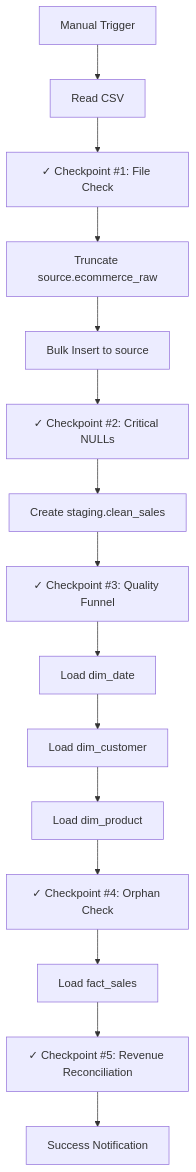
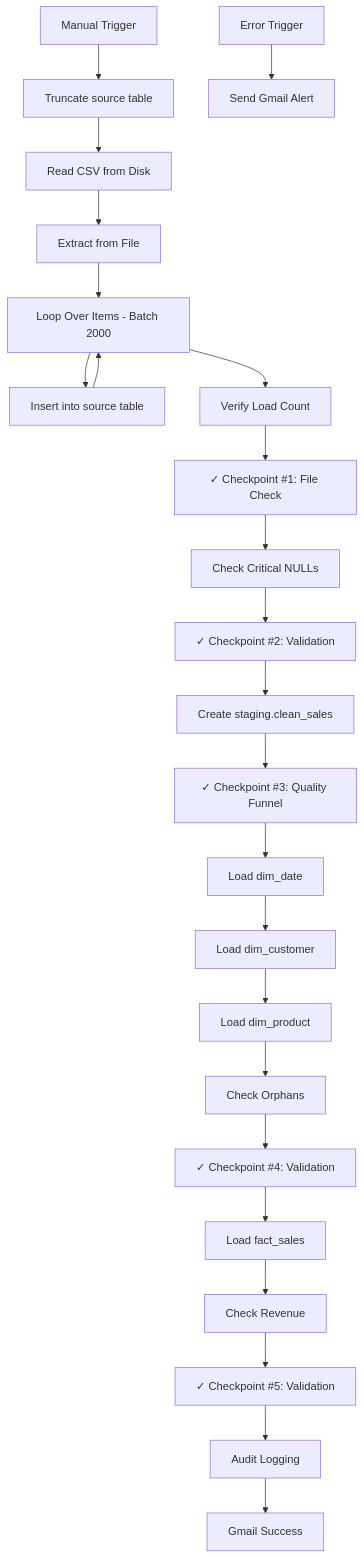
The diagram in docs/03_elt_pipeline.md (kadusic1/BI-Project), drawn with Mermaid before and after one commit. The commit also changed other lines of this file and 3 other files, not shown here.

````diff
--- a/docs/03_elt_pipeline.md
+++ b/docs/03_elt_pipeline.md
@@ -10,17 +10,27 @@
 ```mermaid
 graph TD
-    A[Manual Trigger] --> B[Read CSV]
-    B --> C1[✓ Checkpoint #1: File Check]
-    C1 --> D[Truncate source.ecommerce_raw]
-    D --> E[Bulk Insert to source]
-    E --> C2[✓ Checkpoint #2: Critical NULLs]
-    C2 --> F[Create staging.clean_sales]
-    F --> C3[✓ Checkpoint #3: Quality Funnel]
-    C3 --> G[Load dim_date]
-    G --> H[Load dim_customer]
-    H --> I[Load dim_product]
-    I --> C4[✓ Checkpoint #4: Orphan Check]
-    C4 --> J[Load fact_sales]
-    J --> C5[✓ Checkpoint #5: Revenue Reconciliation]
-    C5 --> K[Success Notification]
+    A[Manual Trigger] --> B[Truncate source table]
+    B --> C[Read CSV from Disk]
+    C --> D[Extract from File]
+    D --> E[Loop Over Items - Batch 2000]
+    E --> F[Insert into source table]
+    F --> E
+    E --> G[Verify Load Count]
+    G --> H[✓ Checkpoint #1: File Check]
+    H --> I[Check Critical NULLs]
+    I --> J[✓ Checkpoint #2: Validation]
+    J --> K[Create staging.clean_sales]
+    K --> L[✓ Checkpoint #3: Quality Funnel]
+    L --> M[Load dim_date]
+    M --> N[Load dim_customer]
+    N --> O[Load dim_product]
+    O --> P[Check Orphans]
+    P --> Q[✓ Checkpoint #4: Validation]
+    Q --> R[Load fact_sales]
+    R --> S[Check Revenue]
+    S --> T[✓ Checkpoint #5: Validation]
+    T --> U[Audit Logging]
+    U --> V[Gmail Success]
+    
+    ERROR[Error Trigger] --> FAIL[Send Gmail Alert]
 ```
````
